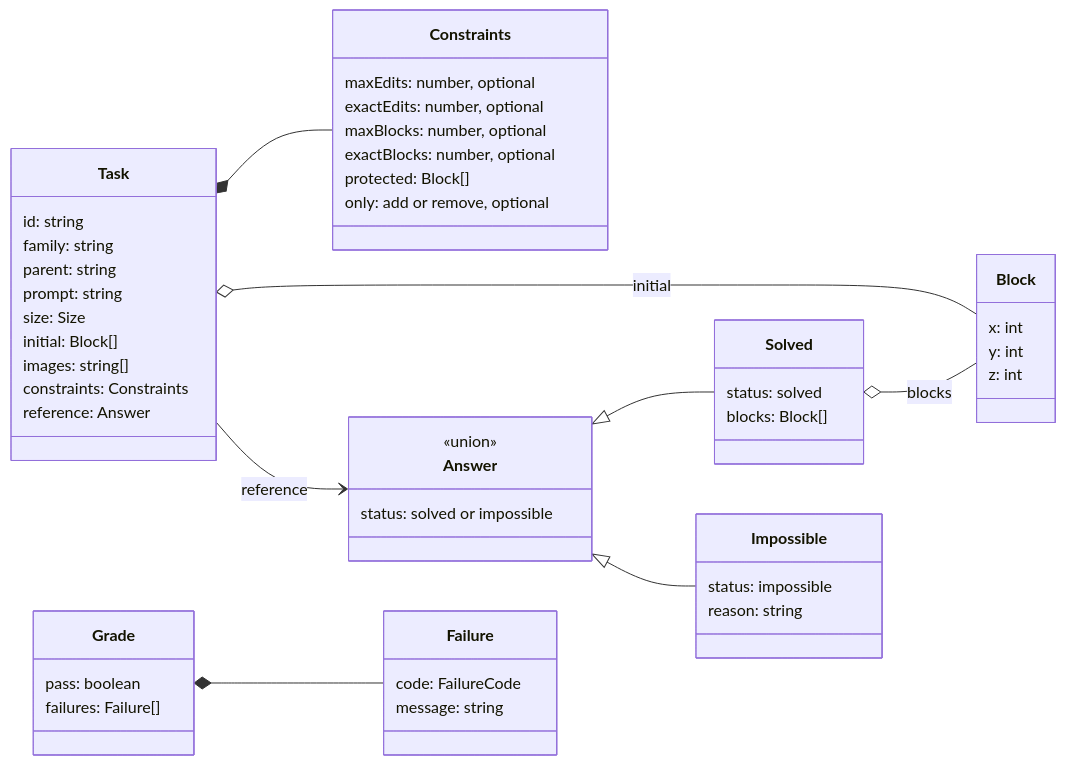
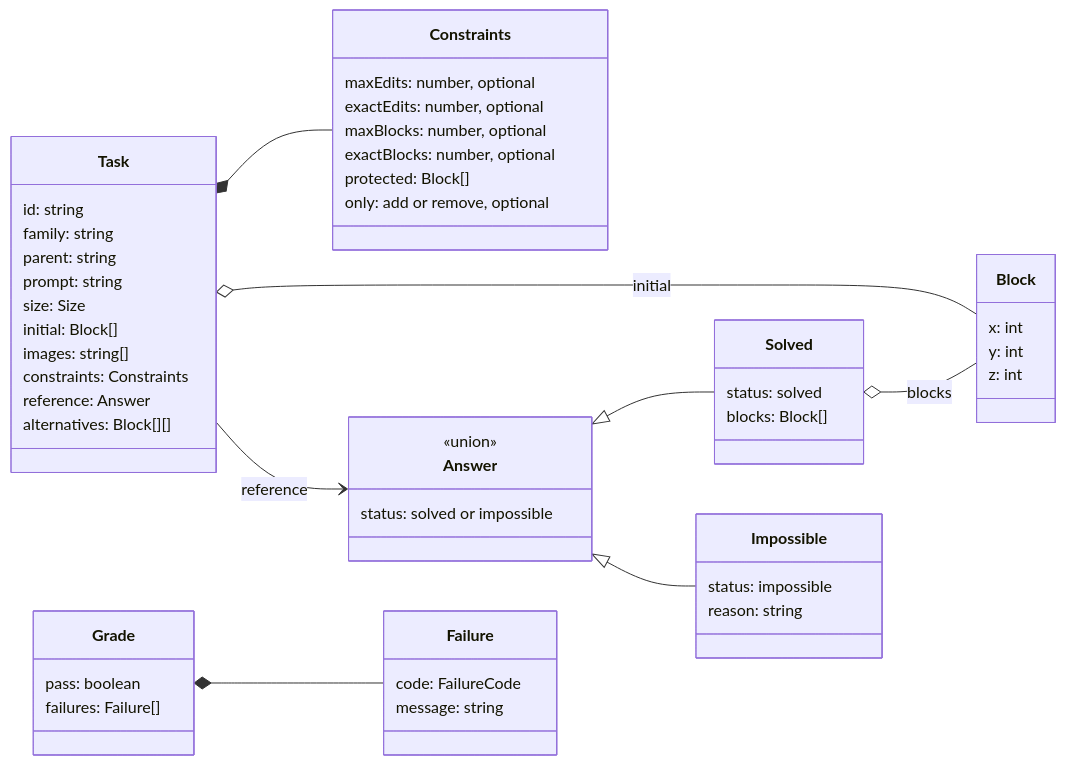
The second of 4 diagrams in docs/architecture.md (Ammaar-Alam/project-01-spatial-reasoning), drawn with Mermaid before and after one commit. The commit also changed other lines of this file and 6 other files, not shown here.

````diff
--- a/docs/architecture.md
+++ b/docs/architecture.md
@@ -22,55 +22,56 @@
 ```mermaid
 classDiagram
   direction LR
   class Task {
     id: string
     family: string
     parent: string
     prompt: string
     size: Size
     initial: Block[]
     images: string[]
     constraints: Constraints
     reference: Answer
+    alternatives: Block[][]
   }
   class Constraints {
     maxEdits: number, optional
     exactEdits: number, optional
     maxBlocks: number, optional
     exactBlocks: number, optional
     protected: Block[]
     only: add or remove, optional
   }
   class Block {
     x: int
     y: int
     z: int
   }
   class Answer {
     <<union>>
     status: solved or impossible
   }
   class Solved {
     status: solved
     blocks: Block[]
   }
   class Impossible {
     status: impossible
     reason: string
   }
   class Grade {
     pass: boolean
     failures: Failure[]
   }
   class Failure {
     code: FailureCode
     message: string
   }
   Task *-- Constraints
   Task o-- Block : initial
   Task --> Answer : reference
   Answer <|-- Solved
   Answer <|-- Impossible
   Solved o-- Block : blocks
   Grade *-- Failure
 ```
````
